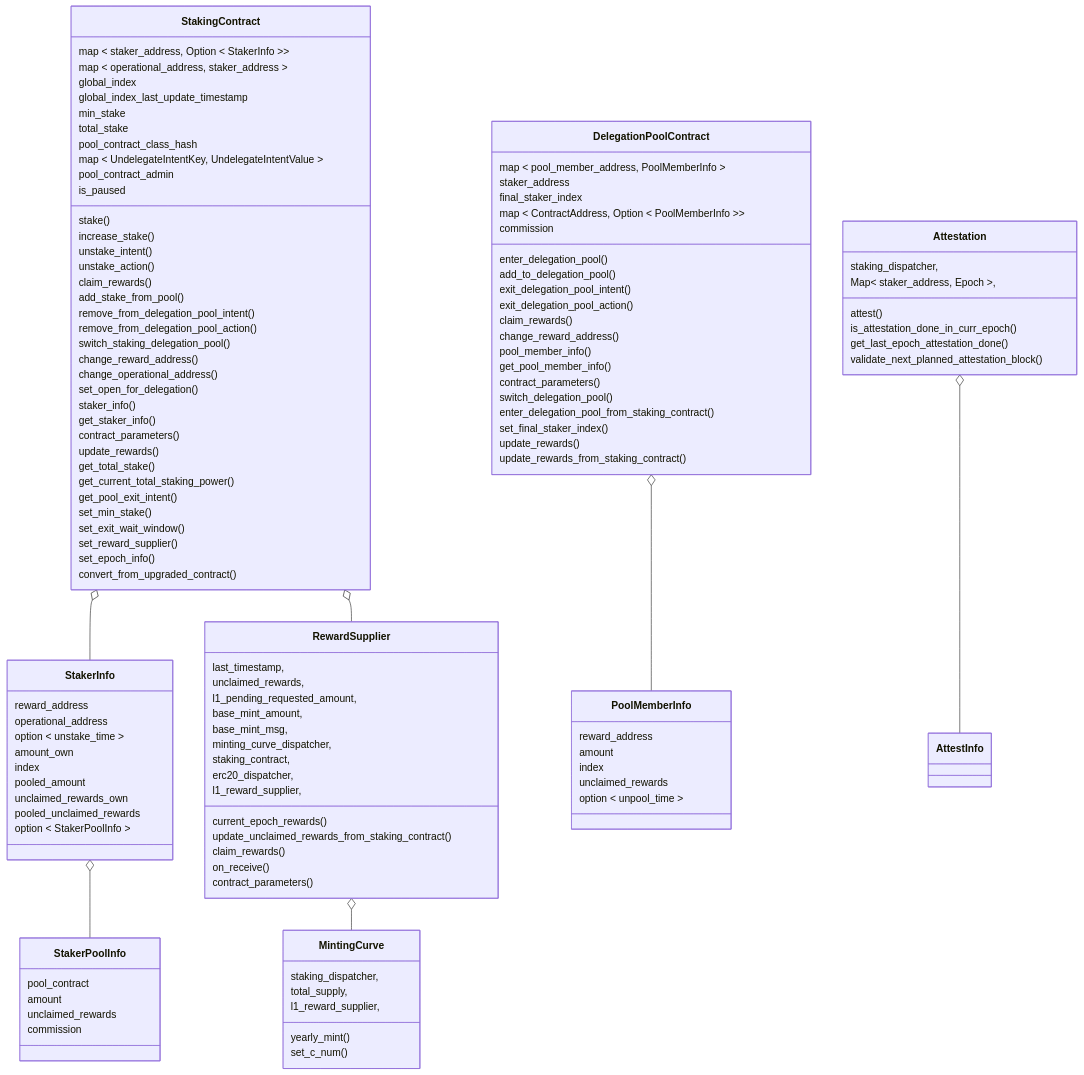
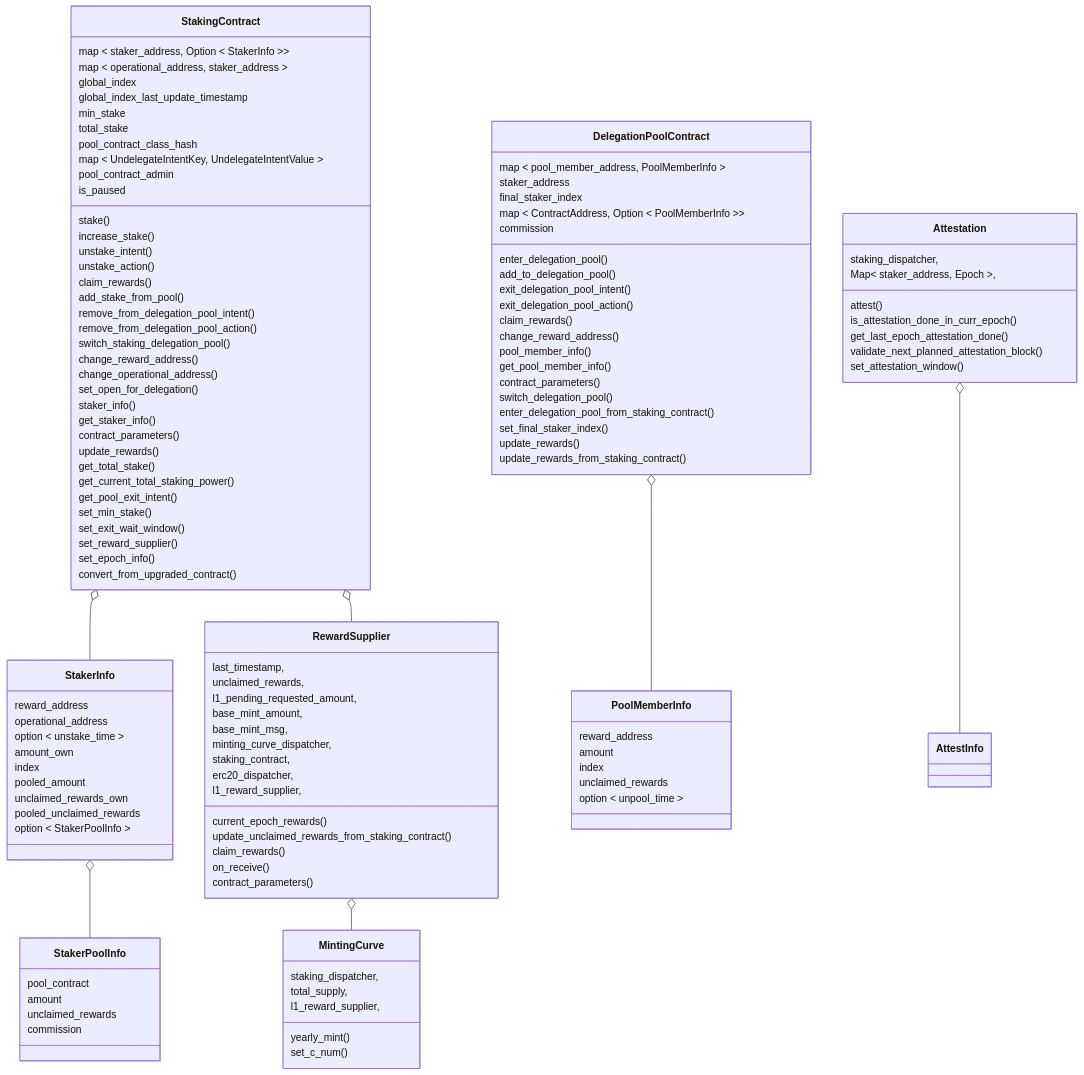
One commit to starkware-libs/starknet-staking changed the first of 8 diagrams in workspace/apps/staking/docs/spec.md. Above: the diagram before and after it, drawn with Mermaid. The commit also changed other lines of this file and 4 other files, not shown here.

Commit message:
feat(staking): set attestation window event (#3520)

```diff
--- a/workspace/apps/staking/docs/spec.md
+++ b/workspace/apps/staking/docs/spec.md
@@ -299,6 +302,7 @@
     is_attestation_done_in_curr_epoch()
     get_last_epoch_attestation_done()
     validate_next_planned_attestation_block()
+    set_attestation_window()
   }
   class AttestInfo{
   }
```
